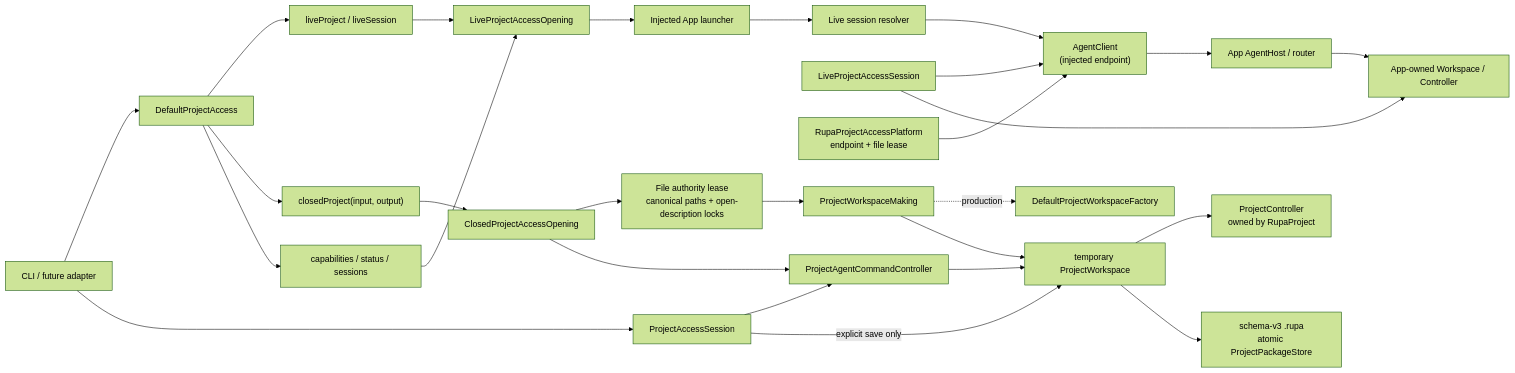
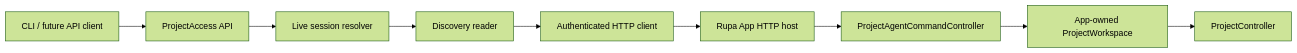
Before and after one commit to 1amageek/Rupa: the first of 2 diagrams in RupaKit/Sources/RupaProjectAccessComposition/DESIGN.md, drawn with Mermaid (forest theme). The commit also changed other lines of this file and 133 other files, not shown here.

Commit message:
Route external access through the Rupa API

````diff
--- a/RupaKit/Sources/RupaProjectAccessComposition/DESIGN.md
+++ b/RupaKit/Sources/RupaProjectAccessComposition/DESIGN.md
@@ -79,29 +41,11 @@
 ```mermaid
 flowchart LR
-    Caller["CLI / future adapter"] --> Router["DefaultProjectAccess"]
-    Router --> LiveTarget["liveProject / liveSession"]
-    Router --> Target["closedProject(input, output)"]
-    Router --> Observation["capabilities / status / sessions"]
-    LiveTarget --> LiveOpen["LiveProjectAccessOpening"]
-    LiveOpen --> Launcher["Injected App launcher"]
-    Launcher --> Resolver["Live session resolver"]
-    Resolver --> LiveClient["AgentClient\n(injected endpoint)"]
-    LiveClient --> LiveHost["App AgentHost / router"]
-    LiveHost --> LiveWorkspace["App-owned Workspace / Controller"]
-    LiveSession["LiveProjectAccessSession"] --> LiveClient
-    LiveSession --> LiveWorkspace
-    Platform["RupaProjectAccessPlatform\nendpoint + file lease"] --> LiveClient
-    Target --> Open["ClosedProjectAccessOpening"]
-    Open --> Lease["File authority lease\ncanonical paths + open-description locks"]
-    Lease --> Factory["ProjectWorkspaceMaking"]
-    Factory -. production .-> DefaultFactory["DefaultProjectWorkspaceFactory"]
-    Factory --> Workspace["temporary ProjectWorkspace"]
-    Workspace --> Controller["ProjectController\nowned by RupaProject"]
-    Open --> Handler["ProjectAgentCommandController"]
-    Handler --> Workspace
-    Observation --> LiveOpen
-    Caller --> Session["ProjectAccessSession"]
-    Session --> Handler
-    Session -->|explicit save only| Workspace
-    Workspace --> Package["schema-v3 .rupa\natomic ProjectPackageStore"]
+    Caller["CLI / future API client"] --> Access["ProjectAccess API"]
+    Access --> Resolver["Live session resolver"]
+    Resolver --> Keychain["Discovery reader"]
+    Keychain --> Client["Authenticated HTTP client"]
+    Client --> Host["Rupa App HTTP host"]
+    Host --> Handler["ProjectAgentCommandController"]
+    Handler --> Workspace["App-owned ProjectWorkspace"]
+    Workspace --> Controller["ProjectController"]
 ```
````
